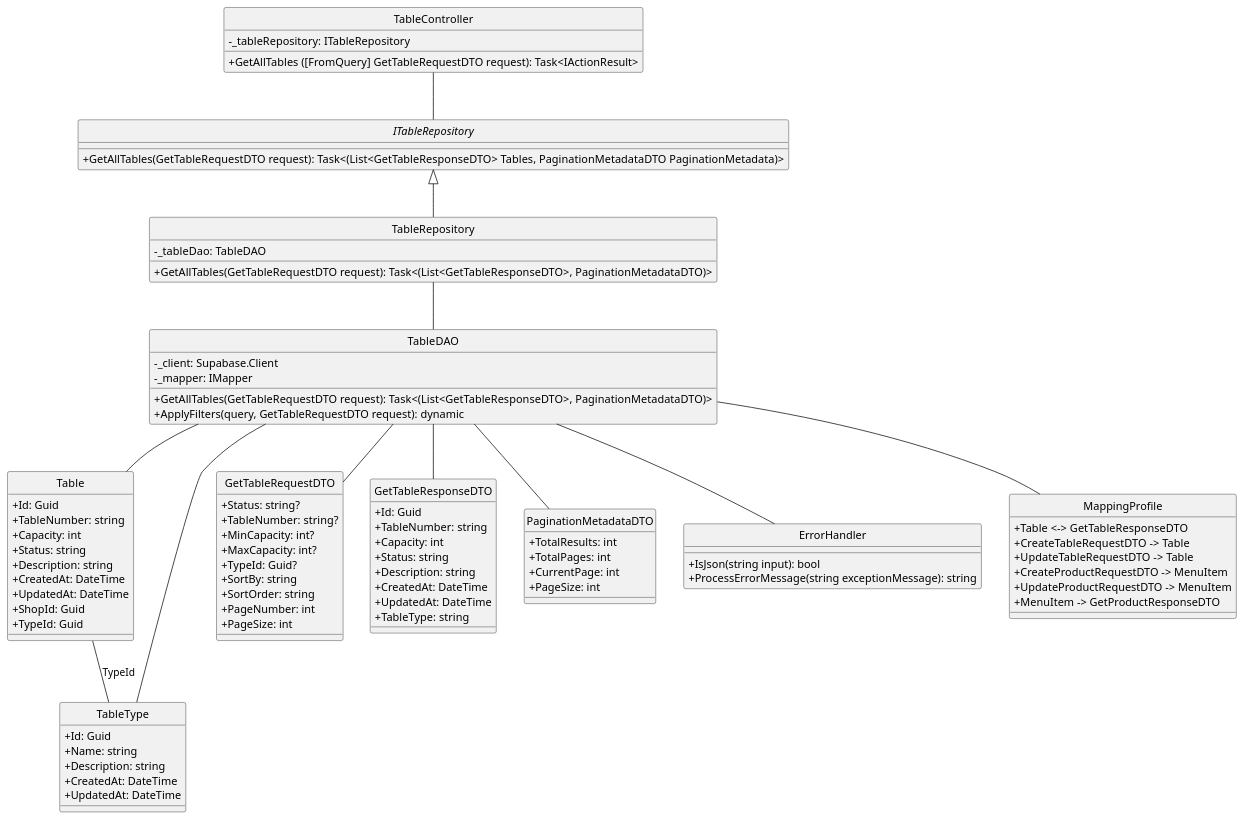
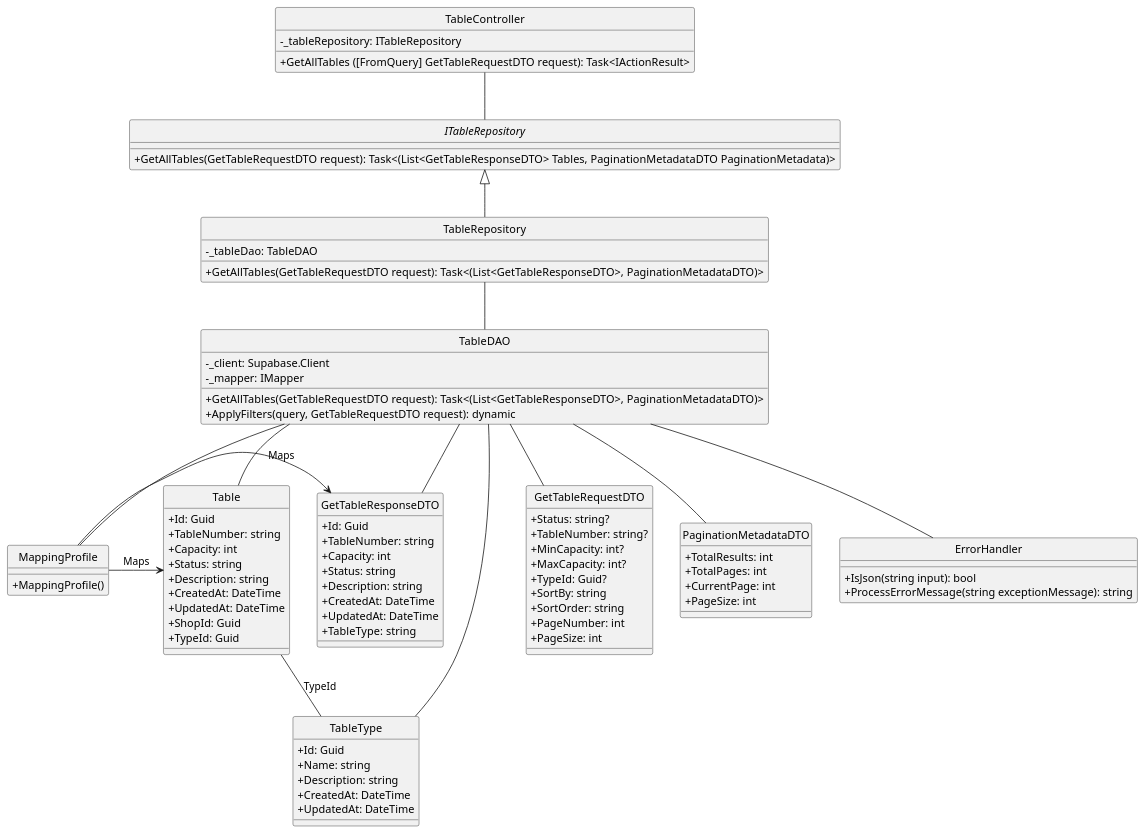
The diagram in docs/ClassDiagram/Table/ReadAll.plantuml (minhnhut23/FPT-OBOMS), drawn with PlantUML before and after one commit. The commit also changed 1 other file, not shown here.

```diff
--- a/docs/ClassDiagram/Table/ReadAll.plantuml
+++ b/docs/ClassDiagram/Table/ReadAll.plantuml
@@ -1,106 +1,104 @@
 @startuml
 hide circle
 skinparam classAttributeIconSize 0
 
 class TableController {
     - _tableRepository: ITableRepository
     + GetAllTables ([FromQuery] GetTableRequestDTO request): Task<IActionResult>
 }
 
 interface ITableRepository {
     + GetAllTables(GetTableRequestDTO request): Task<(List<GetTableResponseDTO> Tables, PaginationMetadataDTO PaginationMetadata)> 
 }
 
 class TableRepository {
     - _tableDao: TableDAO
     + GetAllTables(GetTableRequestDTO request): Task<(List<GetTableResponseDTO>, PaginationMetadataDTO)>
 }
 class TableDAO {
     - _client: Supabase.Client
     - _mapper: IMapper
     + GetAllTables(GetTableRequestDTO request): Task<(List<GetTableResponseDTO>, PaginationMetadataDTO)>
     + ApplyFilters(query, GetTableRequestDTO request): dynamic
 }
 class Table {
     + Id: Guid
     + TableNumber: string
     + Capacity: int
     + Status: string
     + Description: string
     + CreatedAt: DateTime
     + UpdatedAt: DateTime
     + ShopId: Guid
     + TypeId: Guid
 }
 
 class TableType {
     + Id: Guid
     + Name: string
     + Description: string
     + CreatedAt: DateTime
     + UpdatedAt: DateTime
 }
 
 TableDAO -- Table
 TableDAO -- TableType
 Table -- TableType : "TypeId"
 
 
 class GetTableRequestDTO {
     + Status: string?
     + TableNumber: string?
     + MinCapacity: int?
     + MaxCapacity: int?
     + TypeId: Guid?
     + SortBy: string
     + SortOrder: string
     + PageNumber: int
     + PageSize: int
 }
 
 
 class GetTableResponseDTO {
     + Id: Guid
     + TableNumber: string
     + Capacity: int
     + Status: string
     + Description: string
     + CreatedAt: DateTime
     + UpdatedAt: DateTime
     + TableType: string
 }
 class PaginationMetadataDTO {
     + TotalResults: int
     + TotalPages: int
     + CurrentPage: int
     + PageSize: int
 }
 TableController -- ITableRepository
 ITableRepository <|-- TableRepository
 TableRepository -- TableDAO
 
 
 
 
 TableDAO -- GetTableRequestDTO
 TableDAO -- GetTableResponseDTO
 TableDAO -- PaginationMetadataDTO
 
 
 class ErrorHandler {
     + IsJson(string input): bool
     + ProcessErrorMessage(string exceptionMessage): string
 }
+
 class MappingProfile {
-    + Table <-> GetTableResponseDTO
-    + CreateTableRequestDTO -> Table
-    + UpdateTableRequestDTO -> Table
-    + CreateProductRequestDTO -> MenuItem
-    + UpdateProductRequestDTO -> MenuItem
-    + MenuItem -> GetProductResponseDTO
+  + MappingProfile()
 }
 
 TableDAO -- MappingProfile
 TableDAO -- ErrorHandler
 
+MappingProfile -> Table : Maps
+MappingProfile -> GetTableResponseDTO : Maps
 @enduml
```
